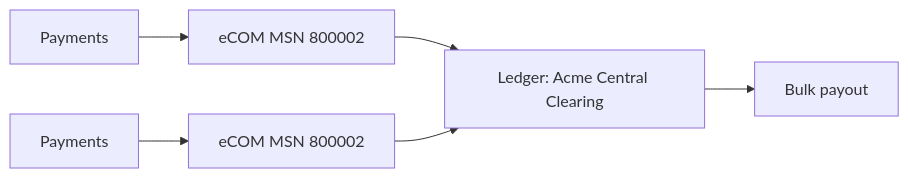
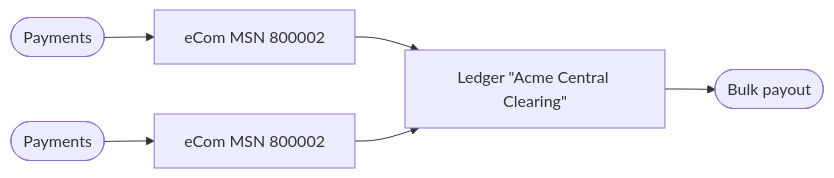
One commit to vippsas/vipps-report-api changed the second of 2 diagrams in api-guide/settlement.md. Above: the diagram before and after it, drawn with Mermaid. The commit also changed other lines of this file, not shown here.

````diff
--- a/api-guide/settlement.md
+++ b/api-guide/settlement.md
@@ -95,10 +95,10 @@
 ``` mermaid
 flowchart LR
-    Payment1[Payments]
-    Payment2[Payments]
-    Payment1 --> ecomMSN1[eCOM MSN 800002]
-    Payment2 --> ecomMSN2[eCOM MSN 800002]
-    ecomMSN1 --> Ledger[Ledger: Acme Central Clearing]
+    Payment1([Payments])
+    Payment2([Payments])
+    Payment1 --> ecomMSN1[eCom MSN 800002]
+    Payment2 --> ecomMSN2[eCom MSN 800002]
+    ecomMSN1 --> Ledger["Ledger #quot;Acme Central Clearing#quot;"]
     ecomMSN2 --> Ledger
-    Ledger --> Bulk[Bulk payout]
+    Ledger --> Bulk([Bulk payout])
 ```
````
